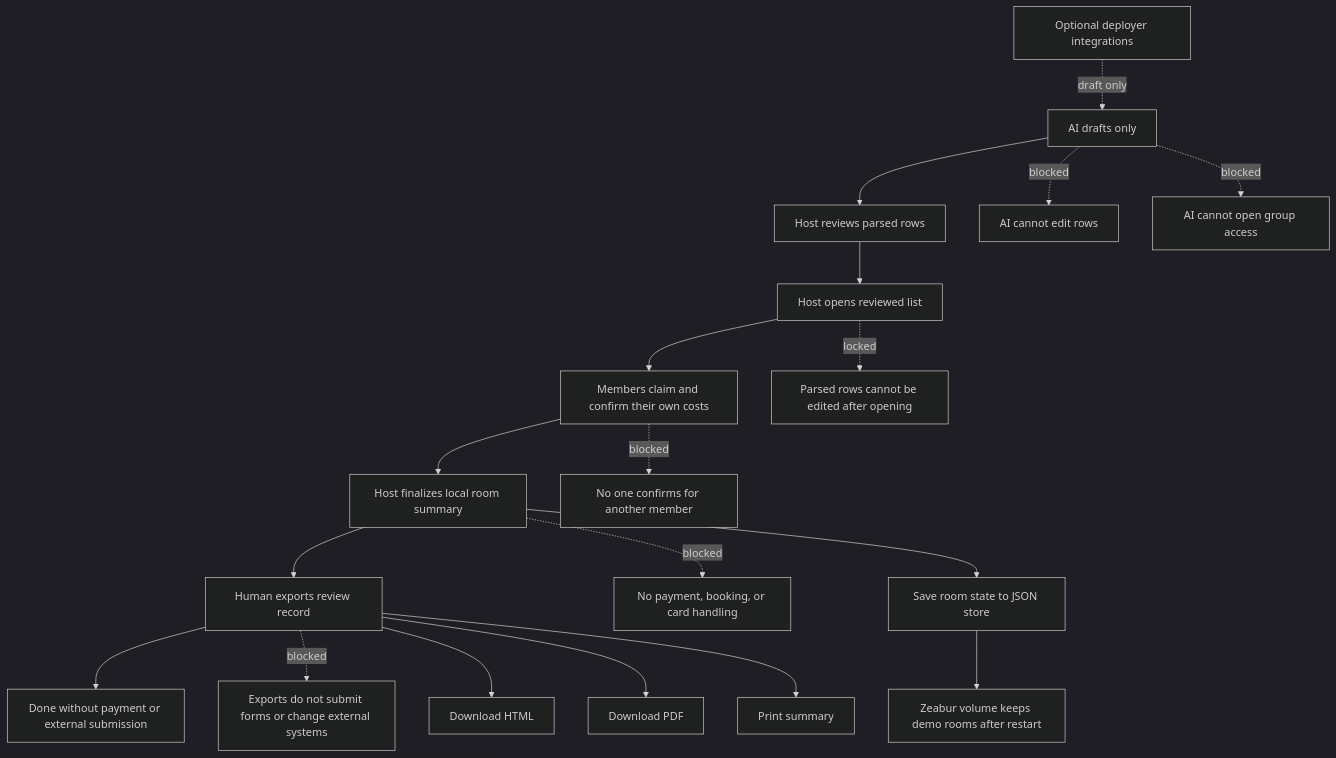
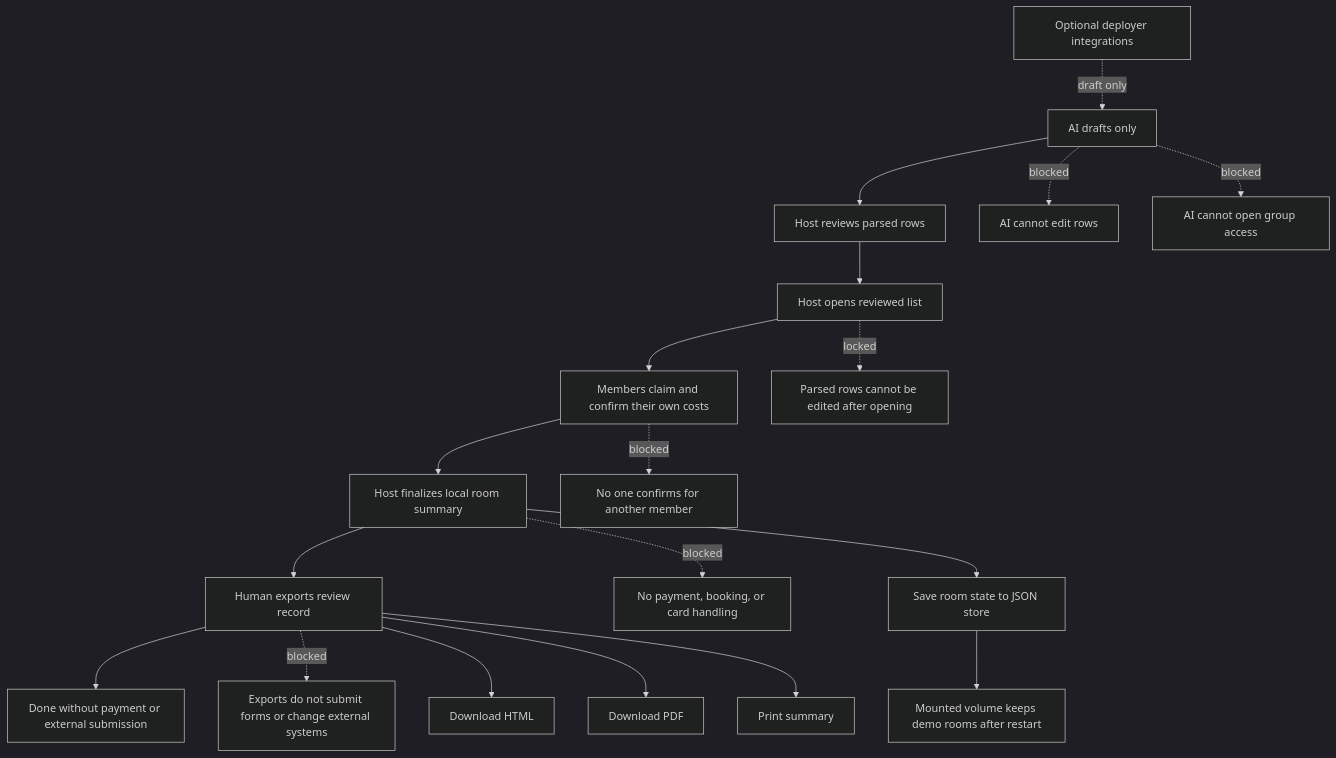
Before and after one commit to jiarong0423/shared-room-mcp: the second of 8 diagrams in docs/ai-generated/2026Q3/shared_room_mermaid_module_design_20260831.md, drawn with Mermaid (dark theme). The commit also changed other lines of this file and 6 other files, not shown here.

````diff
--- a/docs/ai-generated/2026Q3/shared_room_mermaid_module_design_20260831.md
+++ b/docs/ai-generated/2026Q3/shared_room_mermaid_module_design_20260831.md
@@ -59,24 +59,24 @@
 ```mermaid
 flowchart TD
   A[AI drafts only] --> B[Host reviews parsed rows]
   B --> C[Host opens reviewed list]
   C --> D[Members claim and confirm their own costs]
   D --> E[Host finalizes local room summary]
   E --> F[Human exports review record]
   F --> DONE[Done without payment or external submission]
 
   A -. blocked .-> X1[AI cannot edit rows]
   A -. blocked .-> X2[AI cannot open group access]
   C -. locked .-> X3[Parsed rows cannot be edited after opening]
   D -. blocked .-> X4[No one confirms for another member]
   E -. blocked .-> X5[No payment, booking, or card handling]
   F -. blocked .-> X6[Exports do not submit forms or change external systems]
 
   E --> SAVE[Save room state to JSON store]
   F --> HTML[Download HTML]
   F --> PDF[Download PDF]
   F --> PRINT[Print summary]
-  SAVE --> VOL[Zeabur volume keeps demo rooms after restart]
+  SAVE --> VOL[Mounted volume keeps demo rooms after restart]
 
   OPTIONAL[Optional deployer integrations] -. draft only .-> A
 ```
````
